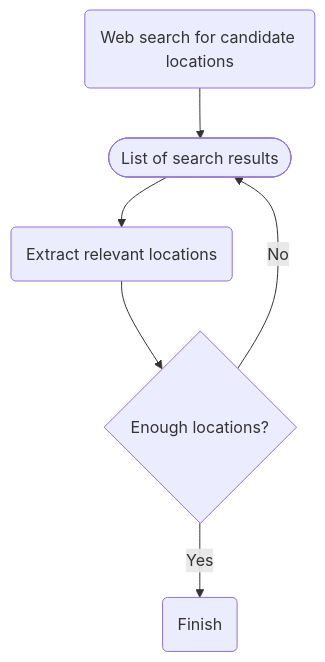
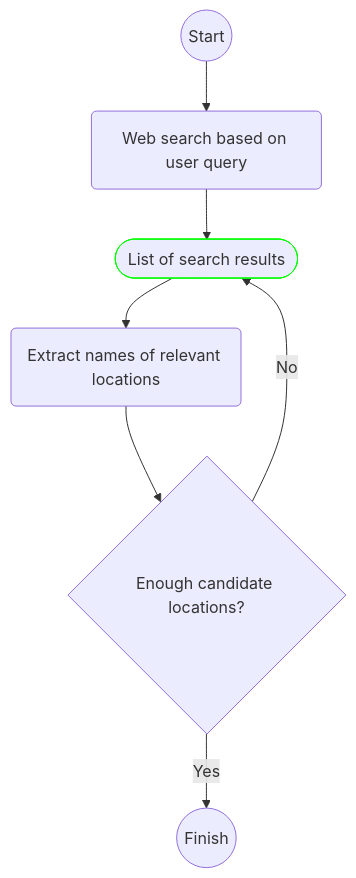
The first of 3 diagrams in README.md (yaoxinmeng/recommender), drawn with Mermaid before and after one commit. The commit also changed other lines of this file and 1 other file, not shown here.

````diff
--- a/README.md
+++ b/README.md
@@ -23,8 +24,11 @@
 ```mermaid
-  graph TD;
-      A(Web search for candidate locations)-->B([List of search results]);
-      B-->C(Extract relevant locations);
-      C-->D{Enough locations?};
-      D-- Yes -->E(Finish);
-      D-- No -->B
+graph TD;
+  S((Start))-->A(Web search based on user query)
+  A-->B([List of search results])
+  B-->C(Extract names of relevant locations)
+  C-->D{Enough candidate locations?}
+  D-- Yes -->E((Finish));
+  D-- No -->B
+
+  style B stroke:#0f0
 ```
````
